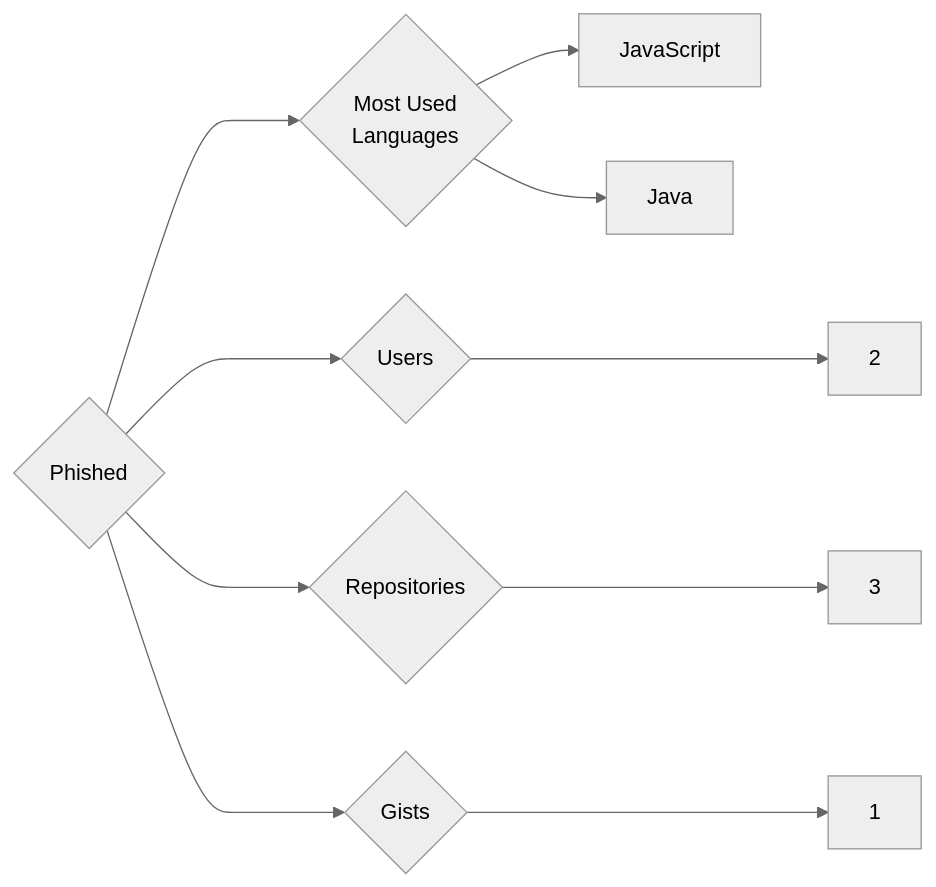
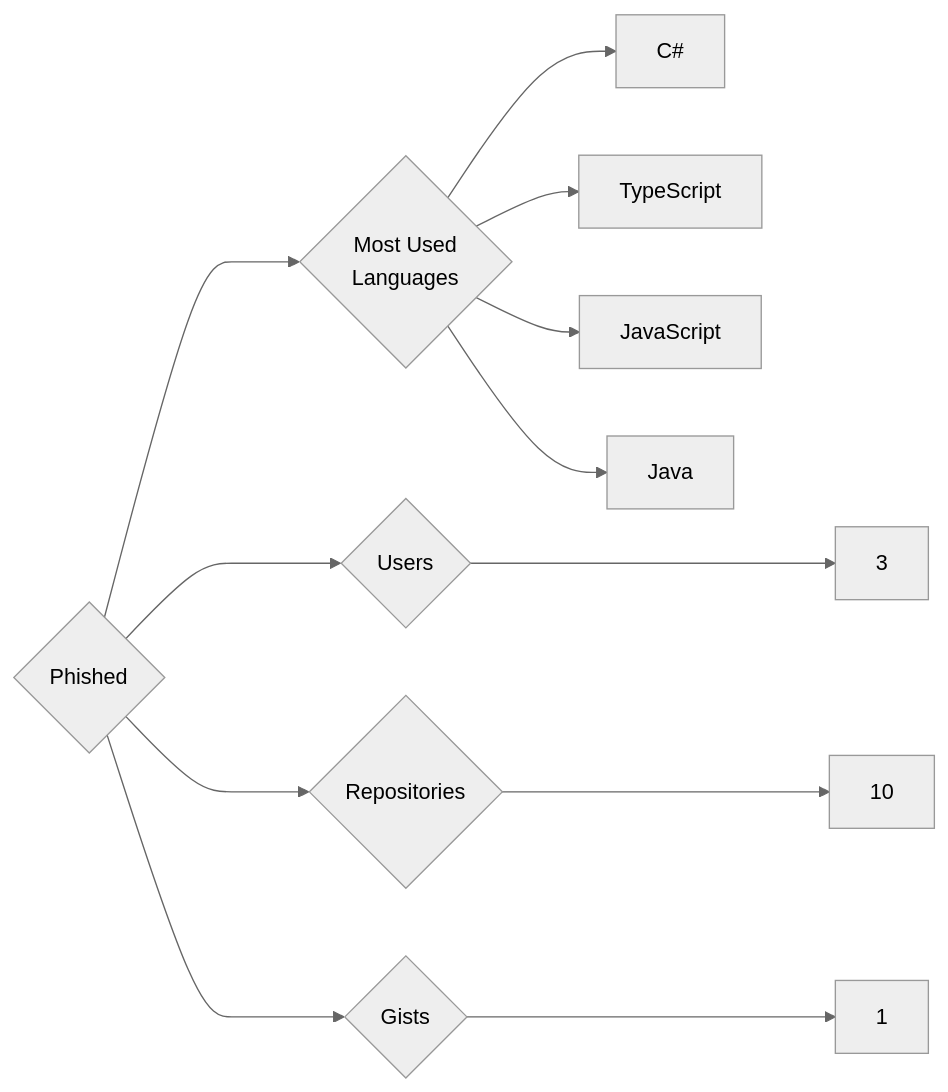
The diagram in targets/Phished/README.md (trickest/insiders), drawn with Mermaid (neutral theme) before and after one commit. The commit also changed 877 other files, not shown here.

````diff
--- a/targets/Phished/README.md
+++ b/targets/Phished/README.md
@@ -3,10 +3,12 @@
 ```mermaid
 graph LR
 COMPANY_NAME{Phished}
-COMPANY_NAME ---> U{Users} ---> UN[2]
-COMPANY_NAME ---> R{Repositories} ---> RN[3]
+COMPANY_NAME ---> U{Users} ---> UN[3]
+COMPANY_NAME ---> R{Repositories} ---> RN[10]
 COMPANY_NAME ---> G{Gists} ---> GN[1]
 COMPANY_NAME ---> ML{Most Used<br>Languages}
+ML --> C#[C#]
+ML --> TypeScript[TypeScript]
 ML --> JavaScript[JavaScript]
 ML --> Java[Java]
 ```
````
